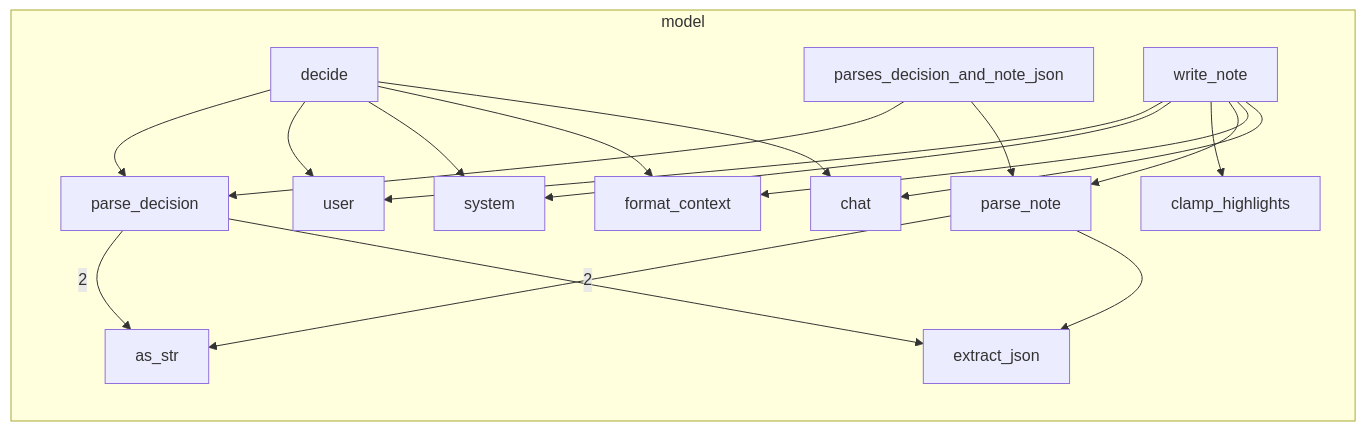
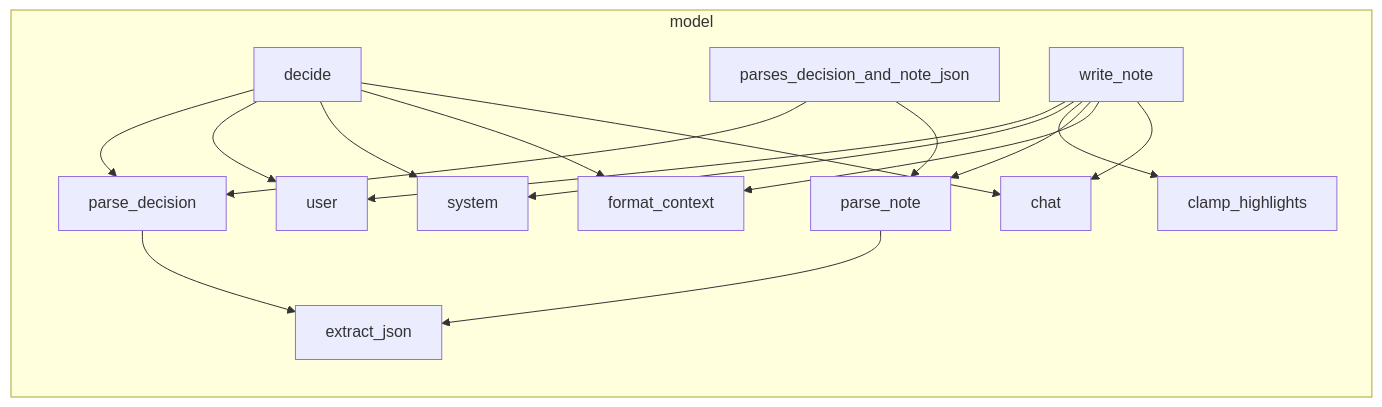
Before and after one commit to RyanGuild/self-describing-code: the third of 3 diagrams in docs/self-model/robby_agent/model/index.md, drawn with Mermaid. The commit also changed other lines of this file and 747 other files, not shown here.

````diff
--- a/docs/self-model/robby_agent/model/index.md
+++ b/docs/self-model/robby_agent/model/index.md
@@ -89,35 +71,32 @@
 ```mermaid
 flowchart TB
     subgraph n_86f239b07be3914c["model"]
         direction TB
-        n_98b5a48e23f9ce77["as_str"]
         n_1fd47a45d469dbd3["chat"]
         n_741f16d659f0d7a1["clamp_highlights"]
         n_6b7cb950250ead62["decide"]
         n_25c66f4d06378b6c["extract_json"]
         n_4776f1339beeeddf["format_context"]
         n_f240cdc427a11b5e["parse_decision"]
         n_6640bfd1fad137a4["parse_note"]
         n_74db45328e66fe69["parses_decision_and_note_json"]
         n_7e53198b962ce312["system"]
         n_ea85c02e7fd5ed08["user"]
         n_b3ee4a2b7d6ddea0["write_note"]
     end
     n_6640bfd1fad137a4 --> n_25c66f4d06378b6c
-    n_6640bfd1fad137a4 -->|"2"| n_98b5a48e23f9ce77
     n_6b7cb950250ead62 --> n_1fd47a45d469dbd3
     n_6b7cb950250ead62 --> n_4776f1339beeeddf
     n_6b7cb950250ead62 --> n_7e53198b962ce312
     n_6b7cb950250ead62 --> n_ea85c02e7fd5ed08
     n_6b7cb950250ead62 --> n_f240cdc427a11b5e
     n_74db45328e66fe69 --> n_6640bfd1fad137a4
     n_74db45328e66fe69 --> n_f240cdc427a11b5e
     n_b3ee4a2b7d6ddea0 --> n_1fd47a45d469dbd3
     n_b3ee4a2b7d6ddea0 --> n_4776f1339beeeddf
     n_b3ee4a2b7d6ddea0 --> n_6640bfd1fad137a4
     n_b3ee4a2b7d6ddea0 --> n_741f16d659f0d7a1
     n_b3ee4a2b7d6ddea0 --> n_7e53198b962ce312
     n_b3ee4a2b7d6ddea0 --> n_ea85c02e7fd5ed08
     n_f240cdc427a11b5e --> n_25c66f4d06378b6c
-    n_f240cdc427a11b5e -->|"2"| n_98b5a48e23f9ce77
 ```
````
